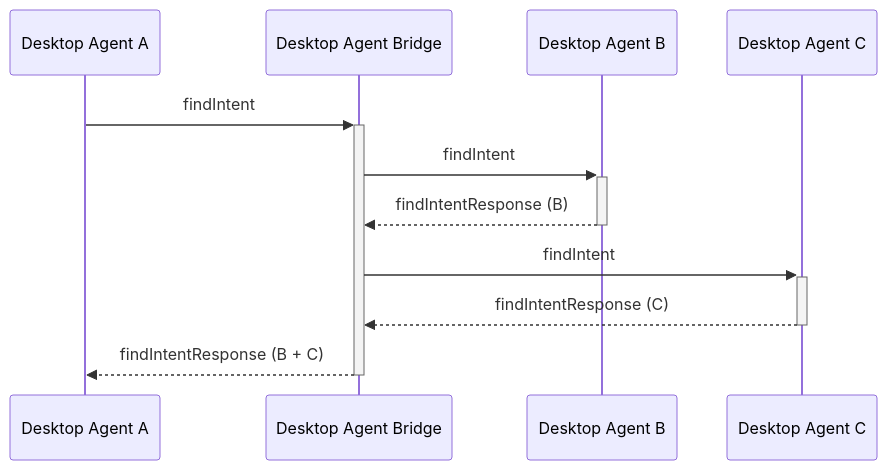
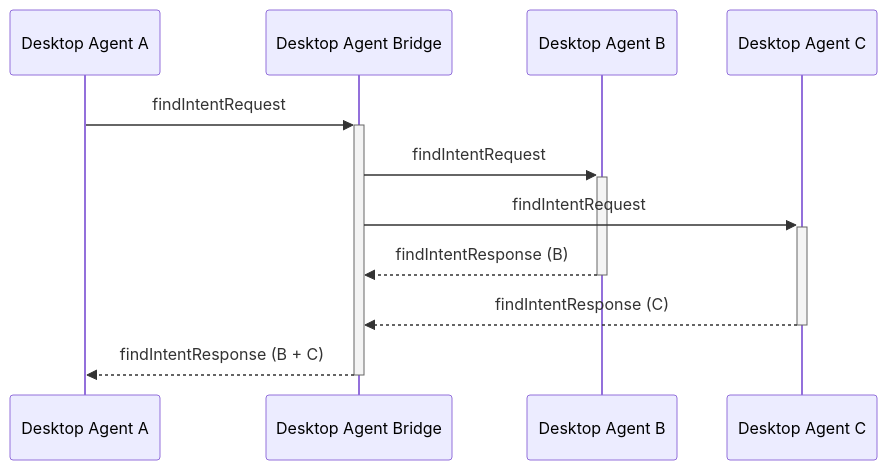
Before and after one commit to finos/FDC3: the diagram in docs/api-bridging/ref/findIntent.md, drawn with Mermaid. The commit also changed other lines of this file and 42 other files, not shown here.

First line of the commit message:
Adding schema links to bridging ref docs + corrections

````diff
--- a/docs/api-bridging/ref/findIntent.md
+++ b/docs/api-bridging/ref/findIntent.md
@@ -21,13 +21,13 @@
 ```mermaid
 sequenceDiagram
     participant DA as Desktop Agent A
     participant DAB as Desktop Agent Bridge
     participant DB as Desktop Agent B
     participant DC as Desktop Agent C
-    DA ->>+ DAB: findIntent
-    DAB ->>+ DB: findIntent
+    DA ->>+ DAB: findIntentRequest
+    DAB ->>+ DB: findIntentRequest
+    DAB ->>+ DC: findIntentRequest
     DB -->>- DAB: findIntentResponse (B)
-    DAB ->>+ DC: findIntent
     DC -->>- DAB: findIntentResponse (C)
     DAB -->>- DA: findIntentResponse (B + C)
 ```
````
